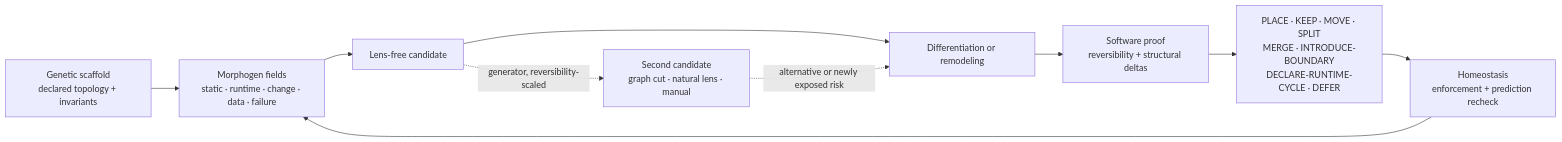
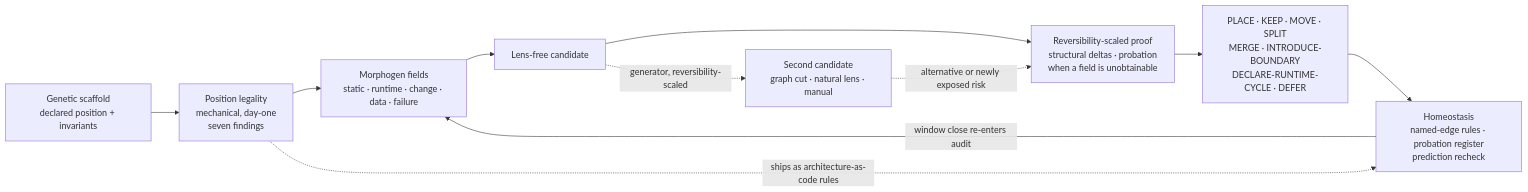
Before and after one commit to l-gevity/l-gevity-skills: the third of 3 diagrams in README.md, drawn with Mermaid. The commit also changed other lines of this file, not shown here.

First line of the commit message:
docs: bring the README's living-topology model up to the current skill

````diff
--- a/README.md
+++ b/README.md
@@ -171,16 +184,17 @@
 ```mermaid
 flowchart LR
-    Scaffold["Genetic scaffold<br/>declared topology + invariants"]
+    Scaffold["Genetic scaffold<br/>declared position + invariants"]
+    Legality["Position legality<br/>mechanical, day-one<br/>seven findings"]
     Fields["Morphogen fields<br/>static · runtime · change · data · failure"]
     Baseline["Lens-free candidate"]
     Lens["Second candidate<br/>graph cut · natural lens · manual"]
-    Evolution["Differentiation or remodeling"]
-    Proof["Software proof<br/>reversibility + structural deltas"]
+    Proof["Reversibility-scaled proof<br/>structural deltas · probation<br/>when a field is unobtainable"]
     Decision["PLACE · KEEP · MOVE · SPLIT<br/>MERGE · INTRODUCE-BOUNDARY<br/>DECLARE-RUNTIME-CYCLE · DEFER"]
-    Homeostasis["Homeostasis<br/>enforcement + prediction recheck"]
+    Homeostasis["Homeostasis<br/>named-edge rules · probation register<br/>prediction recheck"]
 
-    Scaffold --> Fields --> Baseline --> Evolution --> Proof --> Decision --> Homeostasis
+    Scaffold --> Legality --> Fields --> Baseline --> Proof --> Decision --> Homeostasis
+    Legality -. "ships as architecture-as-code rules" .-> Homeostasis
     Baseline -. "generator, reversibility-scaled" .-> Lens
-    Lens -. "alternative or newly exposed risk" .-> Evolution
-    Homeostasis --> Fields
+    Lens -. "alternative or newly exposed risk" .-> Proof
+    Homeostasis -- "window close re-enters audit" --> Fields
 ```
````
